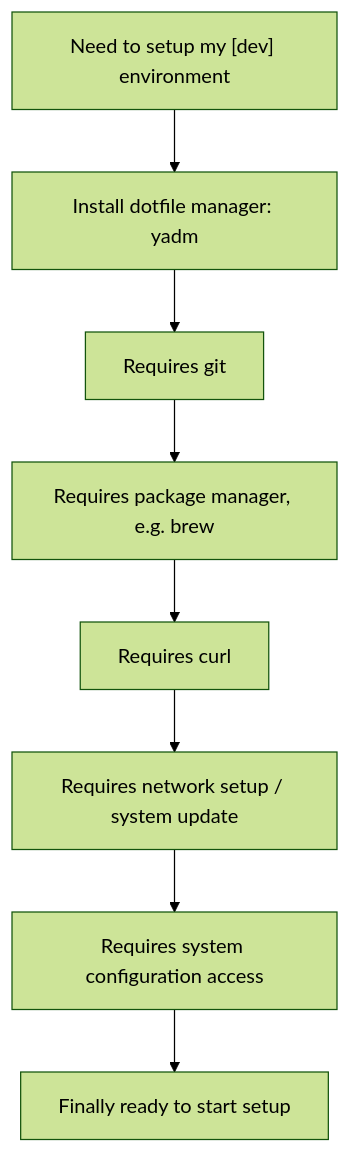
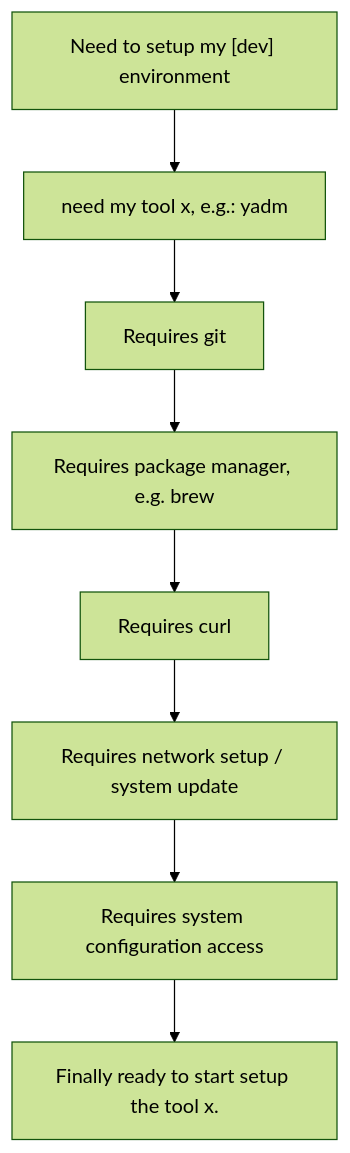
Before and after one commit to thisismygitrepo/machineconfig: the diagram in README.md, drawn with Mermaid (forest theme). The commit also changed other lines of this file, not shown here.

Commit message:
feat: enhance README for clarity by refining descriptions and improving flowchart details

````diff
--- a/README.md
+++ b/README.md
@@ -21,10 +21,10 @@
 ```mermaid
 flowchart TD
-    A["Need to setup my [dev] environment"] --> B["Install dotfile manager: yadm"]
+    A["Need to setup my [dev] environment"] --> B["need my tool x, e.g.: yadm"]
     B --> C["Requires git"]
     C --> D["Requires package manager, e.g. brew"]
     D --> E["Requires curl"]
     E --> F["Requires network setup / system update"]
     F --> G["Requires system configuration access"]
-    G --> H["Finally ready to start setup"]
+    G --> H["Finally ready to start setup the tool x."]
 ```
````
